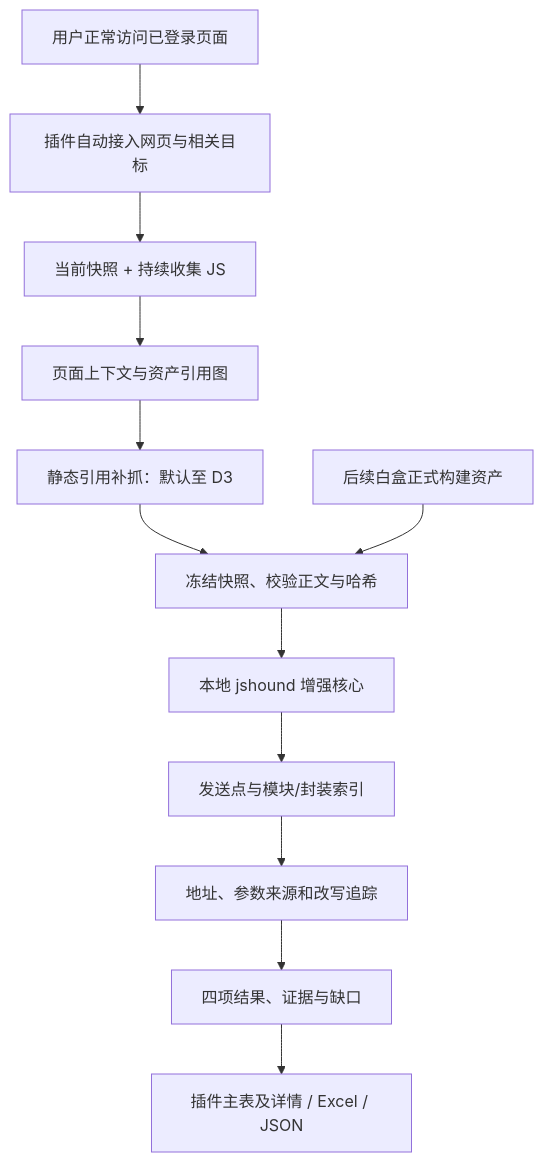
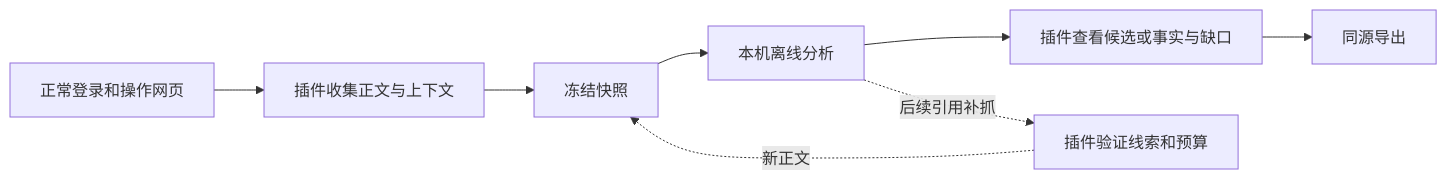
Before and after one commit to luohaijiang789/js-security: the diagram in website-js-extractor/docs/design.md, drawn with Mermaid. The commit also changed other lines of this file and 17 other files, not shown here.

````diff
--- a/website-js-extractor/docs/design.md
+++ b/website-js-extractor/docs/design.md
@@ -11,14 +7,10 @@
 ```mermaid
-flowchart TD
-    A[用户正常访问已登录页面] --> B[插件自动接入网页与相关目标]
-    B --> C[当前快照 + 持续收集 JS]
-    C --> D[页面上下文与资产引用图]
-    D --> E[静态引用补抓：默认至 D3]
-    E --> F[冻结快照、校验正文与哈希]
-    F --> G[本地 jshound 增强核心]
-    G --> H[发送点与模块/封装索引]
-    H --> I[地址、参数来源和改写追踪]
-    I --> J[四项结果、证据与缺口]
-    J --> K[插件主表及详情 / Excel / JSON]
-    L[后续白盒正式构建资产] --> F
+flowchart LR
+    A[正常登录和操作网页] --> B[插件收集正文与上下文]
+    B --> C[冻结快照]
+    C --> D[本机离线分析]
+    D --> E[插件查看候选或事实与缺口]
+    E --> F[同源导出]
+    D -. 后续引用补抓 .-> G[插件验证线索和预算]
+    G -. 新正文 .-> C
 ```
````
